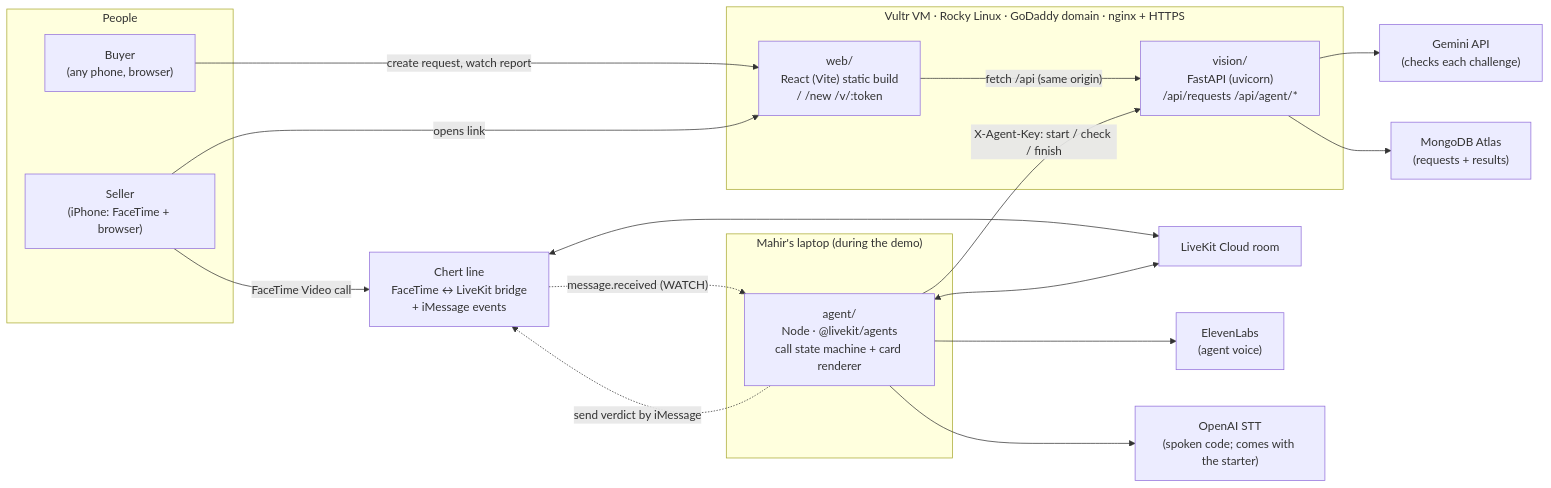
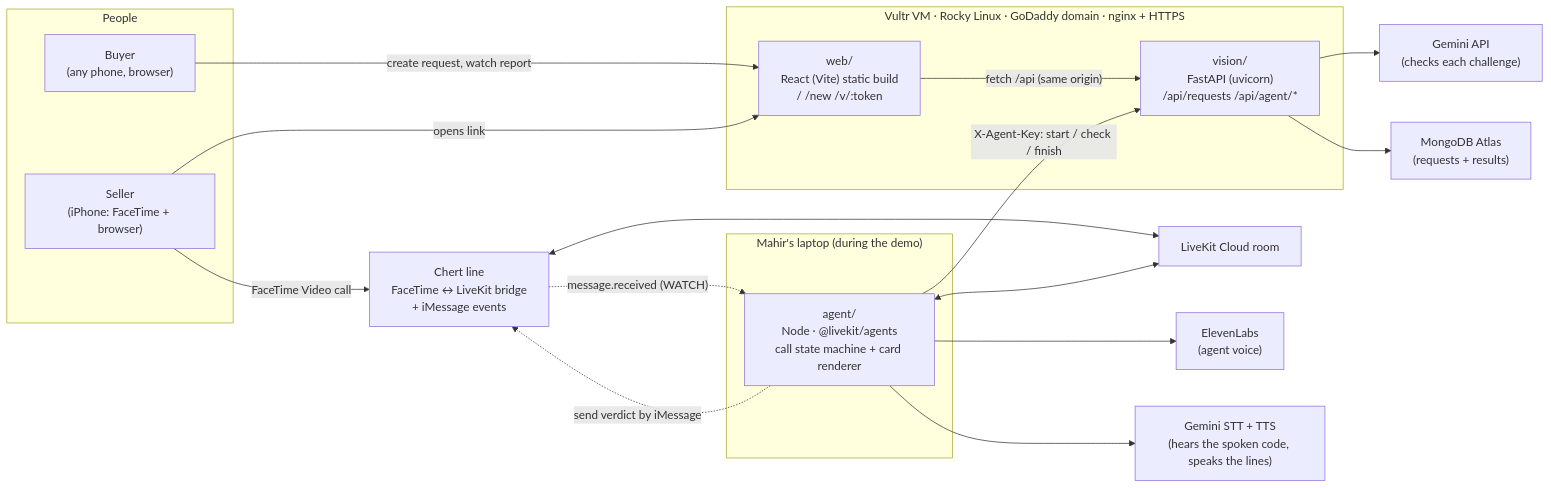
The first of 5 diagrams in docs/ARCHITECTURE.md (Mahirrrr/showme), drawn with Mermaid before and after one commit. The commit also changed other lines of this file and 7 other files, not shown here.

First line of the commit message:
feat(agent): use Gemini STT and TTS for the call voice

````diff
--- a/docs/ARCHITECTURE.md
+++ b/docs/ARCHITECTURE.md
@@ -13,37 +13,37 @@
 ```mermaid
 flowchart LR
   subgraph People
     B["Buyer<br/>(any phone, browser)"]
     S["Seller<br/>(iPhone: FaceTime + browser)"]
   end
 
   subgraph Vultr["Vultr VM · Rocky Linux · GoDaddy domain · nginx + HTTPS"]
     W["web/<br/>React (Vite) static build<br/>/  /new  /v/:token"]
     V["vision/<br/>FastAPI (uvicorn)<br/>/api/requests  /api/agent/*"]
   end
 
   subgraph Laptop["Mahir's laptop (during the demo)"]
     A["agent/<br/>Node · @livekit/agents<br/>call state machine + card renderer"]
   end
 
   C["Chert line<br/>FaceTime ↔ LiveKit bridge<br/>+ iMessage events"]
   L["LiveKit Cloud room"]
   G["Gemini API<br/>(checks each challenge)"]
   M["MongoDB Atlas<br/>(requests + results)"]
   E["ElevenLabs<br/>(agent voice)"]
-  O["OpenAI STT<br/>(spoken code; comes with the starter)"]
+  O["Gemini STT + TTS<br/>(hears the spoken code, speaks the lines)"]
 
   B -- "create request, watch report" --> W
   S -- "opens link" --> W
   W -- "fetch /api (same origin)" --> V
   S -- "FaceTime Video call" --> C
   C <--> L
   A <--> L
   A -- "X-Agent-Key: start / check / finish" --> V
   V --> G
   V --> M
   A --> E
   A --> O
   C -. "message.received (WATCH)" .-> A
   A -. "send verdict by iMessage" .-> C
 ```
````
